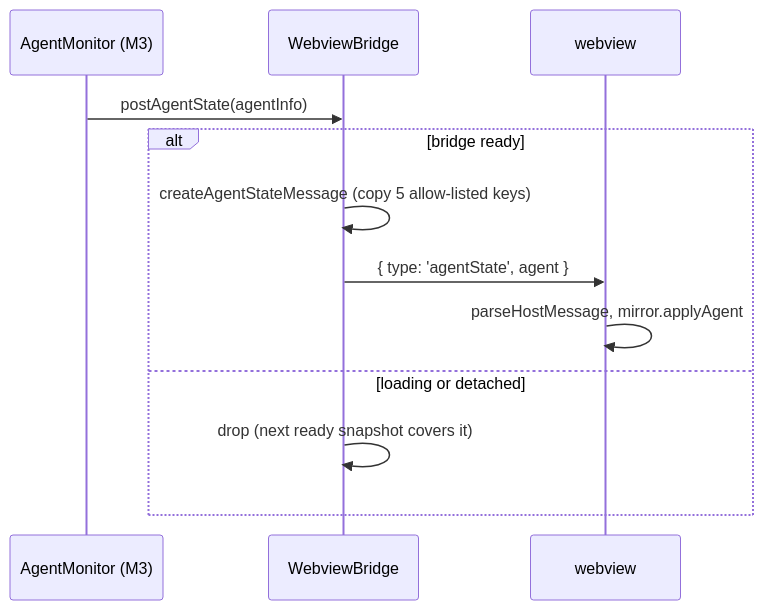
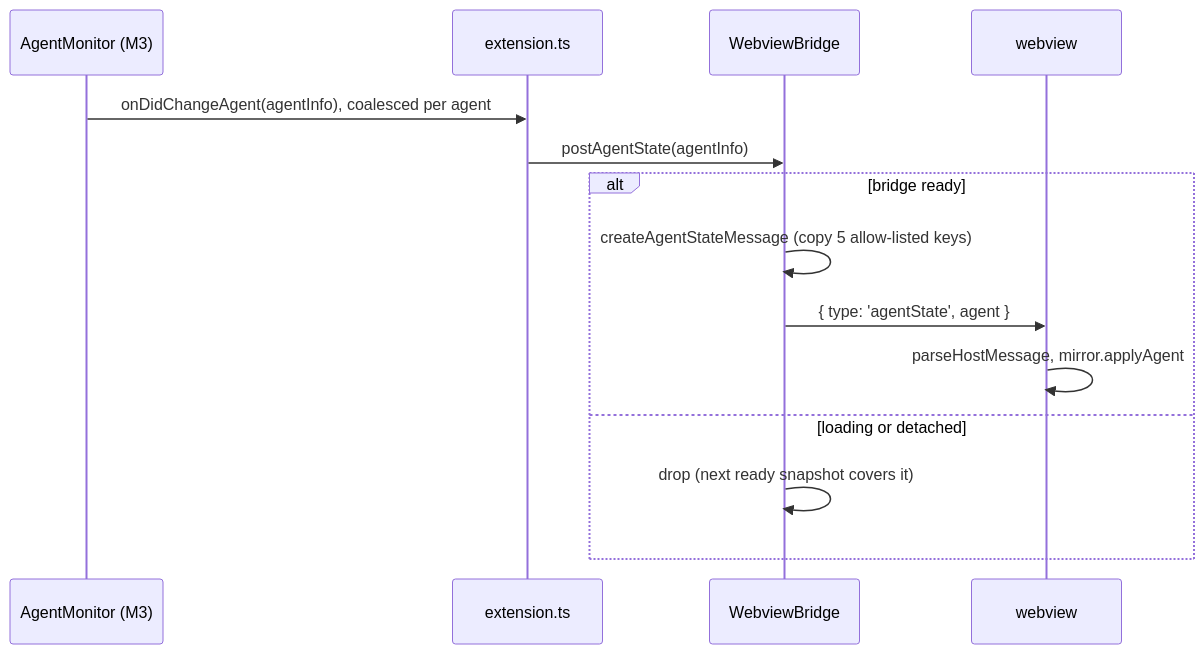
One commit to GrapeJuicer01/vscode-dungeon-crawlers changed the fifth of 7 diagrams in docs/architecture/host-webview-protocol.md. Above: the diagram before and after it, drawn with Mermaid. The commit also changed other lines of this file and 61 other files, not shown here.

````diff
--- a/docs/architecture/host-webview-protocol.md
+++ b/docs/architecture/host-webview-protocol.md
@@ -158,14 +160,16 @@
 ```mermaid
 sequenceDiagram
   participant M as AgentMonitor (M3)
+  participant E as extension.ts
   participant B as WebviewBridge
   participant W as webview
-  M->>B: postAgentState(agentInfo)
+  M->>E: onDidChangeAgent(agentInfo), coalesced per agent
+  E->>B: postAgentState(agentInfo)
   alt bridge ready
     B->>B: createAgentStateMessage (copy 5 allow-listed keys)
     B->>W: { type: 'agentState', agent }
     W->>W: parseHostMessage, mirror.applyAgent
   else loading or detached
     B->>B: drop (next ready snapshot covers it)
   end
 ```
````
